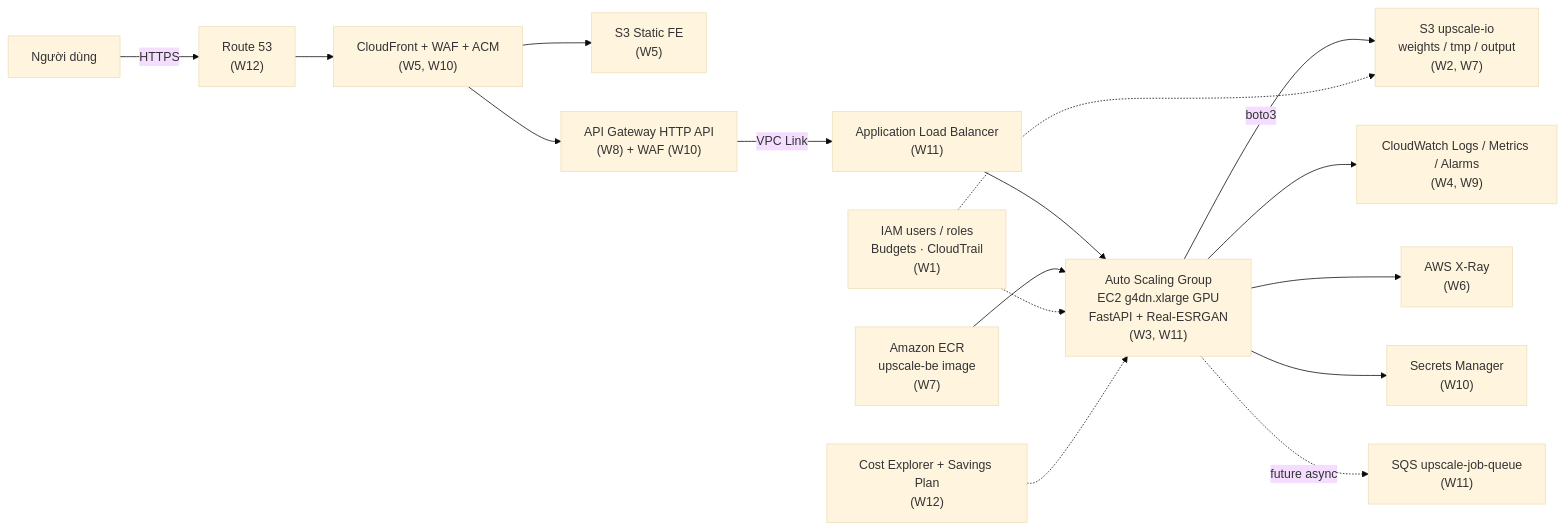
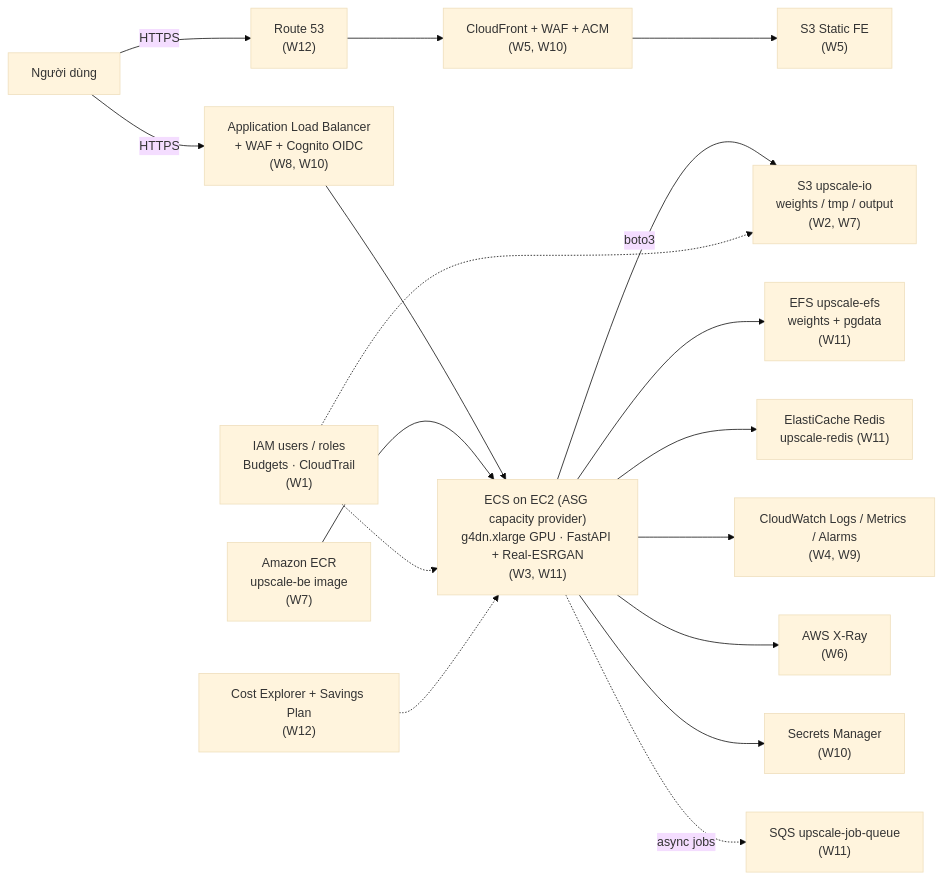
Before and after one commit to vuong20031591-hub/eam-workshop-report-2b7838cb: the diagram in public/workshop-static/images/1-Worklog/aws-architecture.mmd, drawn with Mermaid (base theme).

```diff
--- a/public/workshop-static/images/1-Worklog/aws-architecture.mmd
+++ b/public/workshop-static/images/1-Worklog/aws-architecture.mmd
@@ -1,16 +1,17 @@
 flowchart LR
   U["Người dùng"] -->|HTTPS| R53["Route 53<br/>(W12)"]
   R53 --> CF["CloudFront + WAF + ACM<br/>(W5, W10)"]
   CF --> S3FE["S3 Static FE<br/>(W5)"]
-  CF --> APIGW["API Gateway HTTP API<br/>(W8) + WAF (W10)"]
-  APIGW -->|VPC Link| ALB["Application Load Balancer<br/>(W11)"]
-  ALB --> ASG["Auto Scaling Group<br/>EC2 g4dn.xlarge GPU<br/>FastAPI + Real-ESRGAN<br/>(W3, W11)"]
-  ASG -->|boto3| S3IO["S3 upscale-io<br/>weights / tmp / output<br/>(W2, W7)"]
-  ASG --> CWL["CloudWatch Logs / Metrics / Alarms<br/>(W4, W9)"]
-  ASG --> XRAY["AWS X-Ray<br/>(W6)"]
-  ASG --> SM["Secrets Manager<br/>(W10)"]
-  ASG -.->|future async| SQS["SQS upscale-job-queue<br/>(W11)"]
-  ECR["Amazon ECR<br/>upscale-be image<br/>(W7)"] --> ASG
-  IAM["IAM users / roles<br/>Budgets · CloudTrail<br/>(W1)"] -.-> ASG
+  U -->|HTTPS| ALB["Application Load Balancer<br/>+ WAF + Cognito OIDC<br/>(W8, W10)"]
+  ALB --> ECS["ECS on EC2 (ASG capacity provider)<br/>g4dn.xlarge GPU · FastAPI + Real-ESRGAN<br/>(W3, W11)"]
+  ECS -->|boto3| S3IO["S3 upscale-io<br/>weights / tmp / output<br/>(W2, W7)"]
+  ECS --> EFS["EFS upscale-efs<br/>weights + pgdata<br/>(W11)"]
+  ECS --> REDIS["ElastiCache Redis<br/>upscale-redis (W11)"]
+  ECS --> CWL["CloudWatch Logs / Metrics / Alarms<br/>(W4, W9)"]
+  ECS --> XRAY["AWS X-Ray<br/>(W6)"]
+  ECS --> SM["Secrets Manager<br/>(W10)"]
+  ECS -.->|async jobs| SQS["SQS upscale-job-queue<br/>(W11)"]
+  ECR["Amazon ECR<br/>upscale-be image<br/>(W7)"] --> ECS
+  IAM["IAM users / roles<br/>Budgets · CloudTrail<br/>(W1)"] -.-> ECS
   IAM -.-> S3IO
-  CE["Cost Explorer + Savings Plan<br/>(W12)"] -.-> ASG
+  CE["Cost Explorer + Savings Plan<br/>(W12)"] -.-> ECS
```
